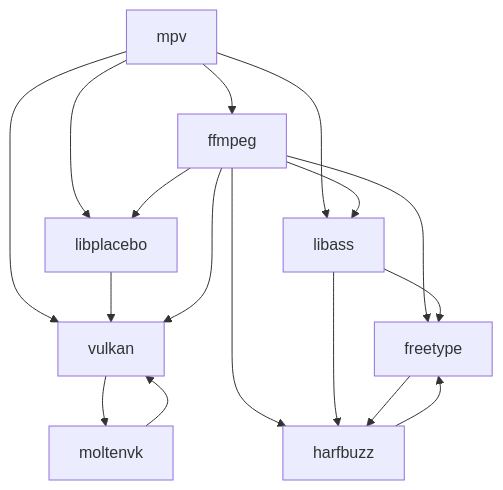
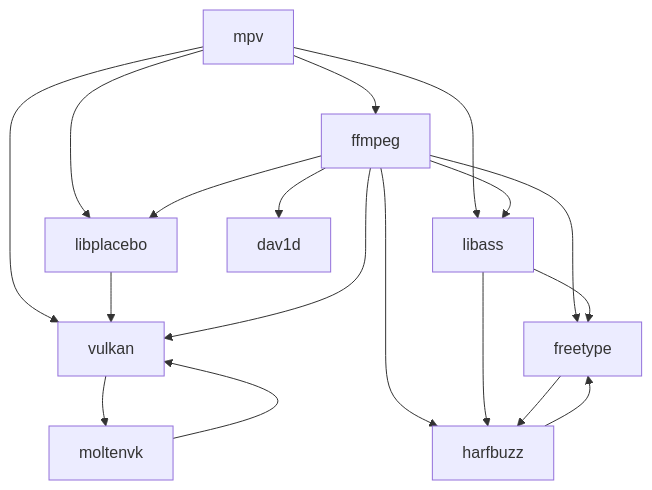
Before and after one commit to m154k1/mpv-build-macOS: the diagram in README.md, drawn with Mermaid. The commit also changed other lines of this file and 3 other files, not shown here.

````diff
--- a/README.md
+++ b/README.md
@@ -121,19 +128,20 @@
 ```mermaid
 graph TD;
    mpv-->ffmpeg;
    mpv-->libplacebo;
    mpv-->vulkan;
    mpv-->libass;
    libplacebo-->vulkan;
    moltenvk-->vulkan;
    vulkan-->moltenvk;
    ffmpeg-->libplacebo;
    ffmpeg-->vulkan;
+   ffmpeg-->dav1d;
    ffmpeg-->libass;
    ffmpeg-->freetype;
    ffmpeg-->harfbuzz;
    libass-->freetype;
    libass-->harfbuzz;
    freetype-->harfbuzz;
    harfbuzz-->freetype;
 ```
````
